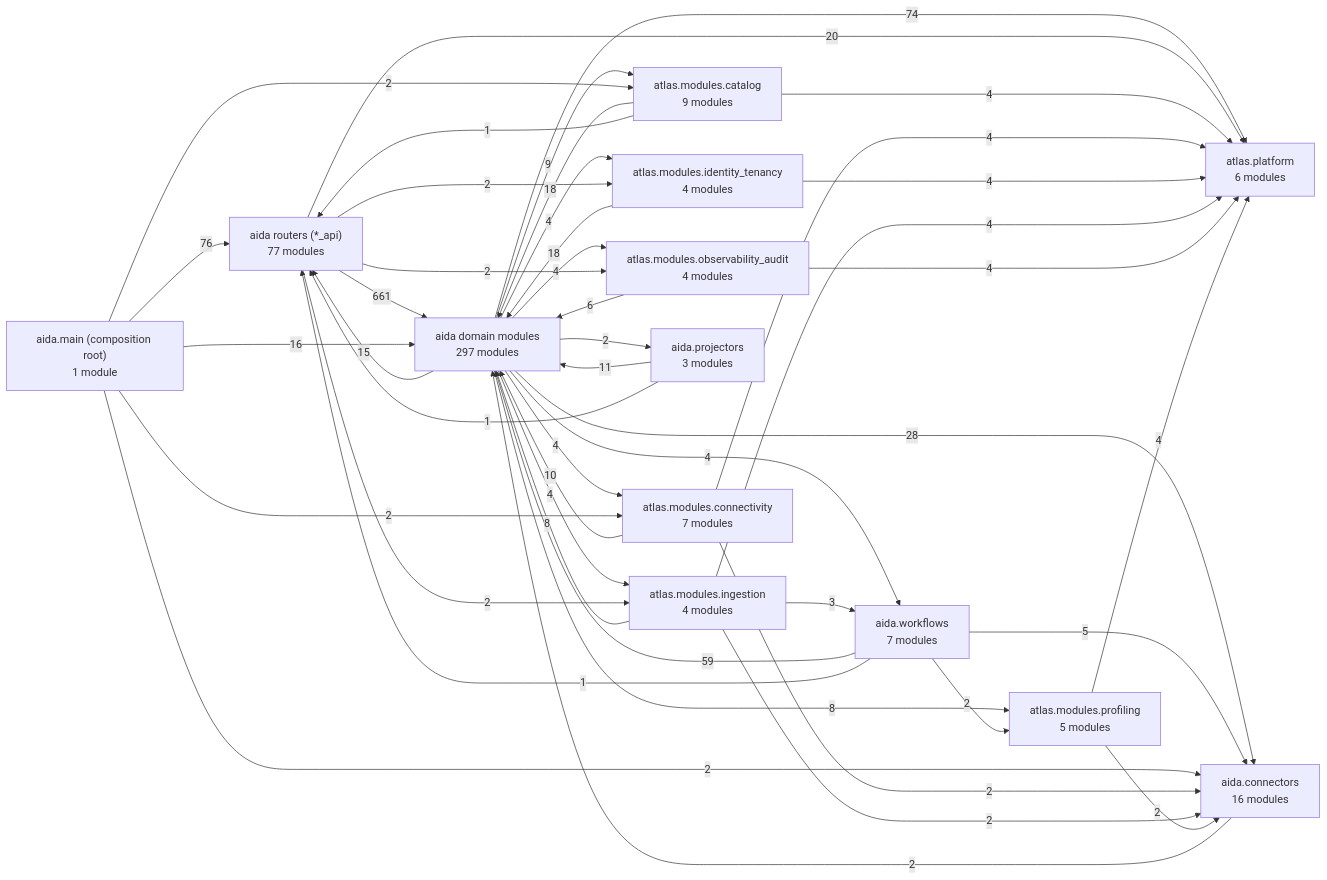
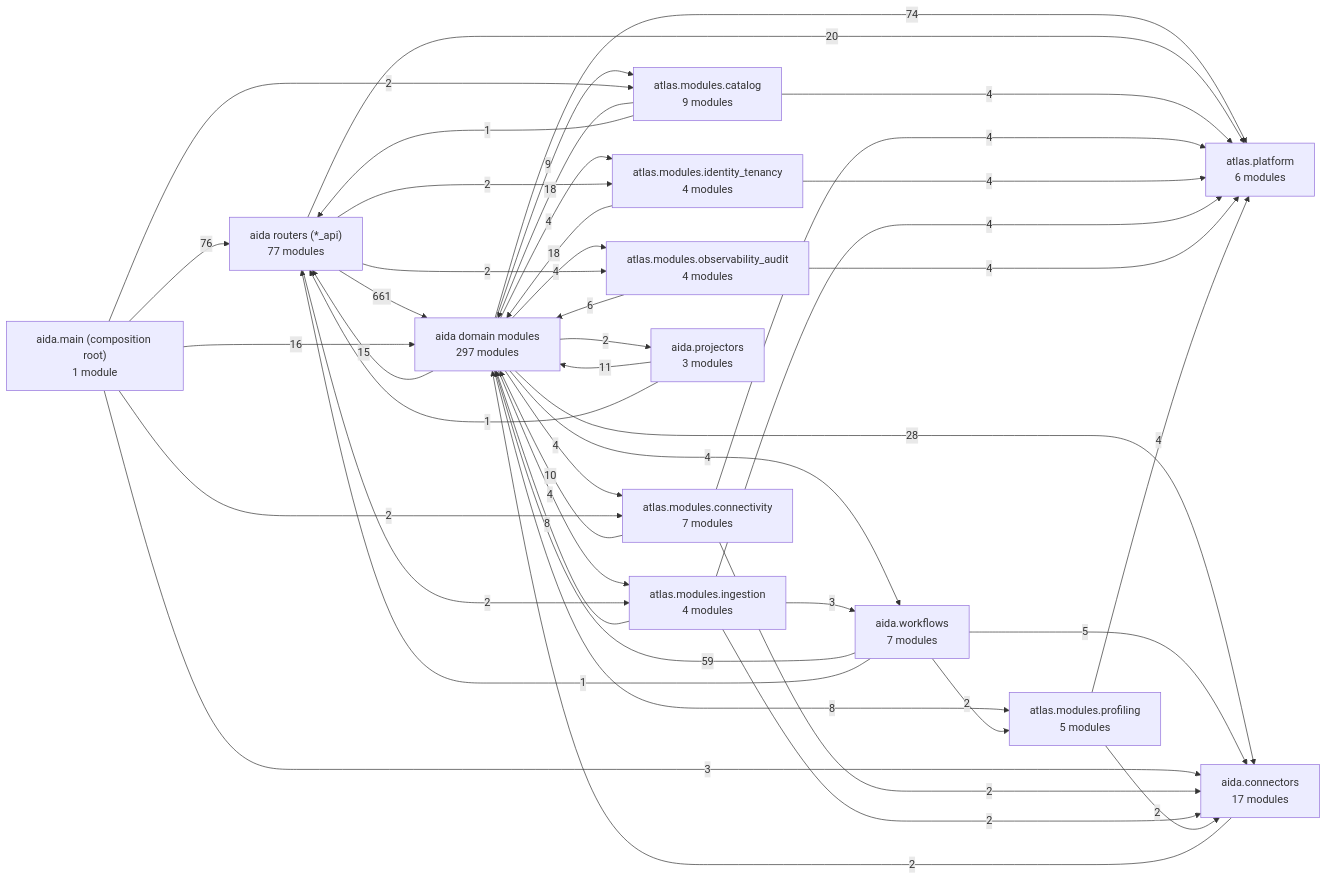
One commit to karuppusamym/AIDataAnalyst changed the first of 3 diagrams in Docs/10-architecture/14-generated-architecture-map.md. Above: the diagram before and after it, drawn with Mermaid. The commit also changed other lines of this file and 10 other files, not shown here.

````diff
--- a/Docs/10-architecture/14-generated-architecture-map.md
+++ b/Docs/10-architecture/14-generated-architecture-map.md
@@ -48,60 +48,60 @@
 ```mermaid
 graph LR
   app["aida.main (composition root)<br/>1 module"]
   routers["aida routers (*_api)<br/>77 modules"]
   domain["aida domain modules<br/>297 modules"]
   ctx_catalog["atlas.modules.catalog<br/>9 modules"]
   ctx_connectivity["atlas.modules.connectivity<br/>7 modules"]
   ctx_identity_tenancy["atlas.modules.identity_tenancy<br/>4 modules"]
   ctx_ingestion["atlas.modules.ingestion<br/>4 modules"]
   ctx_observability_audit["atlas.modules.observability_audit<br/>4 modules"]
   ctx_profiling["atlas.modules.profiling<br/>5 modules"]
-  connectors["aida.connectors<br/>16 modules"]
+  connectors["aida.connectors<br/>17 modules"]
   workflows["aida.workflows<br/>7 modules"]
   projectors["aida.projectors<br/>3 modules"]
   platform["atlas.platform<br/>6 modules"]
   routers -->|661| domain
   app -->|76| routers
   domain -->|74| platform
   workflows -->|59| domain
   domain -->|28| connectors
   routers -->|20| platform
   ctx_catalog -->|18| domain
   ctx_identity_tenancy -->|18| domain
   app -->|16| domain
   domain -->|15| routers
   projectors -->|11| domain
   ctx_connectivity -->|10| domain
   domain -->|9| ctx_catalog
   ctx_ingestion -->|8| domain
   domain -->|8| ctx_profiling
   ctx_observability_audit -->|6| domain
   workflows -->|5| connectors
   ctx_catalog -->|4| platform
   ctx_connectivity -->|4| platform
   ctx_identity_tenancy -->|4| platform
   ctx_ingestion -->|4| platform
   ctx_observability_audit -->|4| platform
   ctx_profiling -->|4| platform
   domain -->|4| ctx_connectivity
   domain -->|4| ctx_identity_tenancy
   domain -->|4| ctx_ingestion
   domain -->|4| ctx_observability_audit
   domain -->|4| workflows
+  app -->|3| connectors
   ctx_ingestion -->|3| workflows
-  app -->|2| connectors
   app -->|2| ctx_catalog
   app -->|2| ctx_connectivity
   connectors -->|2| domain
   ctx_connectivity -->|2| connectors
   ctx_ingestion -->|2| connectors
   ctx_profiling -->|2| connectors
   domain -->|2| projectors
   routers -->|2| ctx_identity_tenancy
   routers -->|2| ctx_ingestion
   routers -->|2| ctx_observability_audit
   workflows -->|2| ctx_profiling
   ctx_catalog -->|1| routers
   projectors -->|1| routers
   workflows -->|1| routers
 ```
````
